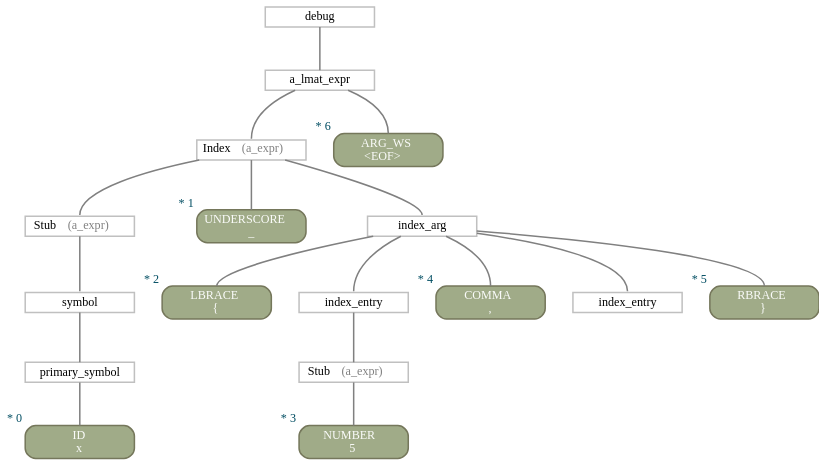
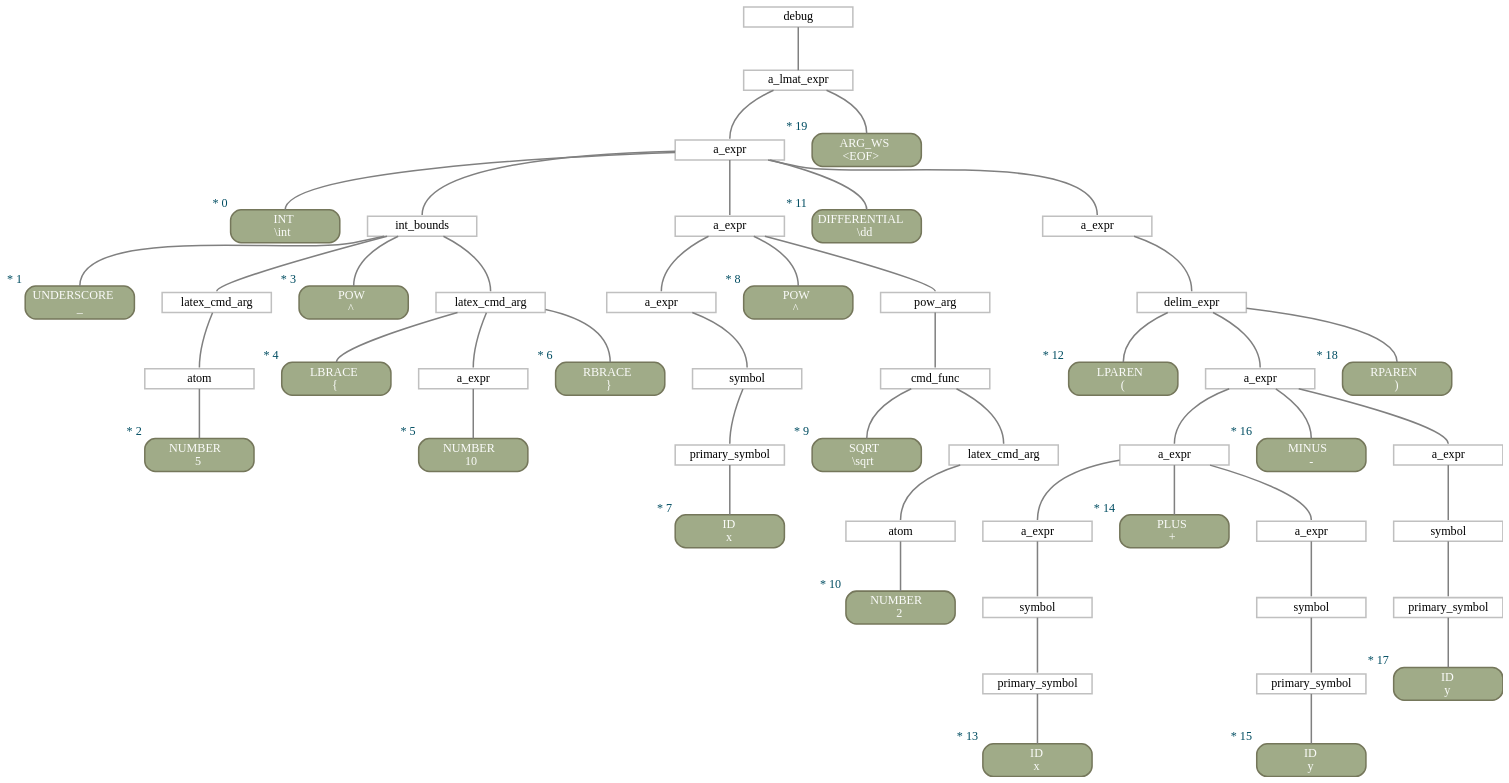
One commit to zarstensen/obsidian-latex-math changed the diagram in lmat-cas-client/out.dot. Above: the diagram before and after it, drawn with Graphviz. The commit also changed 18 other files, not shown here.

```diff
--- a/lmat-cas-client/out.dot
+++ b/lmat-cas-client/out.dot
@@ -1,51 +1,115 @@
 digraph "Parse Tree" {
 rankdir=TB;
 splines=true;
 nodesep=0.45;
 ranksep=0.7;
 pad=0.0;
 ordering=out;
 subgraph {
 node [shape=box, margin="0,0.05", height=0, width=1.75, style=filled, fillcolor="#FFFFFF", color="#C0C0C0", penwidth=1.75];
-1 [label="primary_symbol"];
-2 [label=symbol];
-3 [label=<Stub <font color="#808080"> (a_expr) </font>>];
-7 [label=<Stub <font color="#808080"> (a_expr) </font>>];
-8 [label="index_entry"];
-10 [label="index_entry"];
-12 [label="index_arg"];
-13 [label=<Index <font color="#808080"> (a_expr) </font>>];
-15 [label="a_lmat_expr"];
-16 [label=debug];
+3 [label=atom];
+4 [label="latex_cmd_arg"];
+8 [label="a_expr"];
+10 [label="latex_cmd_arg"];
+11 [label="int_bounds"];
+13 [label="primary_symbol"];
+14 [label=symbol];
+15 [label="a_expr"];
+19 [label=atom];
+20 [label="latex_cmd_arg"];
+21 [label="cmd_func"];
+22 [label="pow_arg"];
+23 [label="a_expr"];
+27 [label="primary_symbol"];
+28 [label=symbol];
+29 [label="a_expr"];
+32 [label="primary_symbol"];
+33 [label=symbol];
+34 [label="a_expr"];
+35 [label="a_expr"];
+38 [label="primary_symbol"];
+39 [label=symbol];
+40 [label="a_expr"];
+41 [label="a_expr"];
+43 [label="delim_expr"];
+44 [label="a_expr"];
+45 [label="a_expr"];
+47 [label="a_lmat_expr"];
+48 [label=debug];
 }
 subgraph {
 node [shape=box, margin="0,0.05", height=0, width=1.75, style="filled,rounded", fillcolor="#A0AB88", color="#75775B", penwidth=1.75, fontcolor="#FAFBF9"];
-0 [label=<ID<br/><font fontname="monospace">x</font>>, xlabel=<<font color="#004D62">* 0</font>>];
-4 [label=<UNDERSCORE<br/><font fontname="monospace">_</font>>, xlabel=<<font color="#004D62">* 1</font>>];
-5 [label=<LBRACE<br/><font fontname="monospace">{</font>>, xlabel=<<font color="#004D62">* 2</font>>];
-6 [label=<NUMBER<br/><font fontname="monospace">5</font>>, xlabel=<<font color="#004D62">* 3</font>>];
-9 [label=<COMMA<br/><font fontname="monospace">,</font>>, xlabel=<<font color="#004D62">* 4</font>>];
-11 [label=<RBRACE<br/><font fontname="monospace">}</font>>, xlabel=<<font color="#004D62">* 5</font>>];
-14 [label=<ARG_WS<br/><font fontname="monospace">&lt;EOF&gt;</font>>, xlabel=<<font color="#004D62">* 6</font>>];
+0 [label=<INT<br/><font fontname="monospace">\int</font>>, xlabel=<<font color="#004D62">* 0</font>>];
+1 [label=<UNDERSCORE<br/><font fontname="monospace">_</font>>, xlabel=<<font color="#004D62">* 1</font>>];
+2 [label=<NUMBER<br/><font fontname="monospace">5</font>>, xlabel=<<font color="#004D62">* 2</font>>];
+5 [label=<POW<br/><font fontname="monospace">^</font>>, xlabel=<<font color="#004D62">* 3</font>>];
+6 [label=<LBRACE<br/><font fontname="monospace">{</font>>, xlabel=<<font color="#004D62">* 4</font>>];
+7 [label=<NUMBER<br/><font fontname="monospace">10</font>>, xlabel=<<font color="#004D62">* 5</font>>];
+9 [label=<RBRACE<br/><font fontname="monospace">}</font>>, xlabel=<<font color="#004D62">* 6</font>>];
+12 [label=<ID<br/><font fontname="monospace">x</font>>, xlabel=<<font color="#004D62">* 7</font>>];
+16 [label=<POW<br/><font fontname="monospace">^</font>>, xlabel=<<font color="#004D62">* 8</font>>];
+17 [label=<SQRT<br/><font fontname="monospace">\sqrt</font>>, xlabel=<<font color="#004D62">* 9</font>>];
+18 [label=<NUMBER<br/><font fontname="monospace">2</font>>, xlabel=<<font color="#004D62">* 10</font>>];
+24 [label=<DIFFERENTIAL<br/><font fontname="monospace">\dd</font>>, xlabel=<<font color="#004D62">* 11</font>>];
+25 [label=<LPAREN<br/><font fontname="monospace">(</font>>, xlabel=<<font color="#004D62">* 12</font>>];
+26 [label=<ID<br/><font fontname="monospace">x</font>>, xlabel=<<font color="#004D62">* 13</font>>];
+30 [label=<PLUS<br/><font fontname="monospace">+</font>>, xlabel=<<font color="#004D62">* 14</font>>];
+31 [label=<ID<br/><font fontname="monospace">y</font>>, xlabel=<<font color="#004D62">* 15</font>>];
+36 [label=<MINUS<br/><font fontname="monospace">-</font>>, xlabel=<<font color="#004D62">* 16</font>>];
+37 [label=<ID<br/><font fontname="monospace">y</font>>, xlabel=<<font color="#004D62">* 17</font>>];
+42 [label=<RPAREN<br/><font fontname="monospace">)</font>>, xlabel=<<font color="#004D62">* 18</font>>];
+46 [label=<ARG_WS<br/><font fontname="monospace">&lt;EOF&gt;</font>>, xlabel=<<font color="#004D62">* 19</font>>];
 }
 subgraph {
 node [shape=box, margin="0,0.05", height=0, width=1.75, style="filled,rounded", fillcolor="#DD8F7D", color="#BC6A7A", penwidth=1.75, fontcolor="#FAFBF9"];
 }
 edge [arrowhead=none, headport=n, color="#808080", penwidth=1.75];
-1 -> 0;
-2 -> 1;
 3 -> 2;
-7 -> 6;
+4 -> 3;
 8 -> 7;
-12 -> 5;
-12 -> 8;
-12 -> 9;
-12 -> 10;
-12 -> 11;
-13 -> 3;
-13 -> 4;
+10 -> 6;
+10 -> 8;
+10 -> 9;
+11 -> 1;
+11 -> 4;
+11 -> 5;
+11 -> 10;
 13 -> 12;
-15 -> 13;
+14 -> 13;
 15 -> 14;
-16 -> 15;
+19 -> 18;
+20 -> 19;
+21 -> 17;
+21 -> 20;
+22 -> 21;
+23 -> 15;
+23 -> 16;
+23 -> 22;
+27 -> 26;
+28 -> 27;
+29 -> 28;
+32 -> 31;
+33 -> 32;
+34 -> 33;
+35 -> 29;
+35 -> 30;
+35 -> 34;
+38 -> 37;
+39 -> 38;
+40 -> 39;
+41 -> 35;
+41 -> 36;
+41 -> 40;
+43 -> 25;
+43 -> 41;
+43 -> 42;
+44 -> 43;
+45 -> 0;
+45 -> 11;
+45 -> 23;
+45 -> 24;
+45 -> 44;
+47 -> 45;
+47 -> 46;
+48 -> 47;
 }
```
